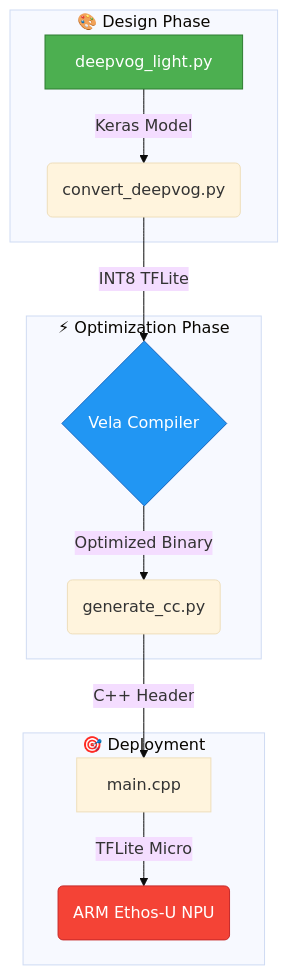
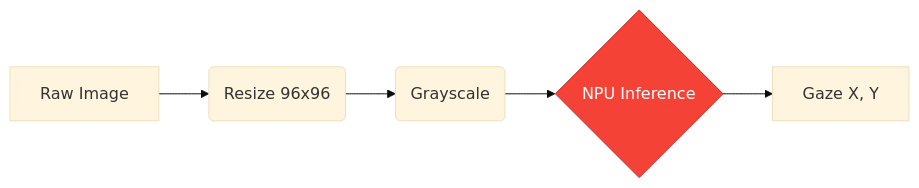
The diagram in README.md (Mani-02nev/DeepVog-Ai-model-), drawn with Mermaid (base theme) before and after one commit. The commit also changed other lines of this file, not shown here.

````diff
--- a/README.md
+++ b/README.md
@@ -13,20 +28,9 @@
 ```mermaid
-graph TD
-    subgraph "🎨 Design Phase"
-        A[deepvog_light.py] -->|Keras Model| B(convert_deepvog.py)
-    end
-
-    subgraph "⚡ Optimization Phase"
-        B -->|INT8 TFLite| C{Vela Compiler}
-        C -->|Optimized Binary| D(generate_cc.py)
-    end
-
-    subgraph "🎯 Deployment"
-        D -->|C++ Header| E[main.cpp]
-        E -->|TFLite Micro| F(ARM Ethos-U NPU)
-    end
-
-    style A fill:#4CAF50,stroke:#2E7D32,color:#fff
-    style C fill:#2196F3,stroke:#1565C0,color:#fff
-    style F fill:#f44336,stroke:#c62828,color:#fff
+graph LR
+    A[Raw Image] --> B(Resize 96x96)
+    B --> C(Grayscale)
+    C --> D{NPU Inference}
+    D --> E[Gaze X, Y]
+    
+    style D fill:#f44336,stroke:#c62828,color:#fff
 ```
````
